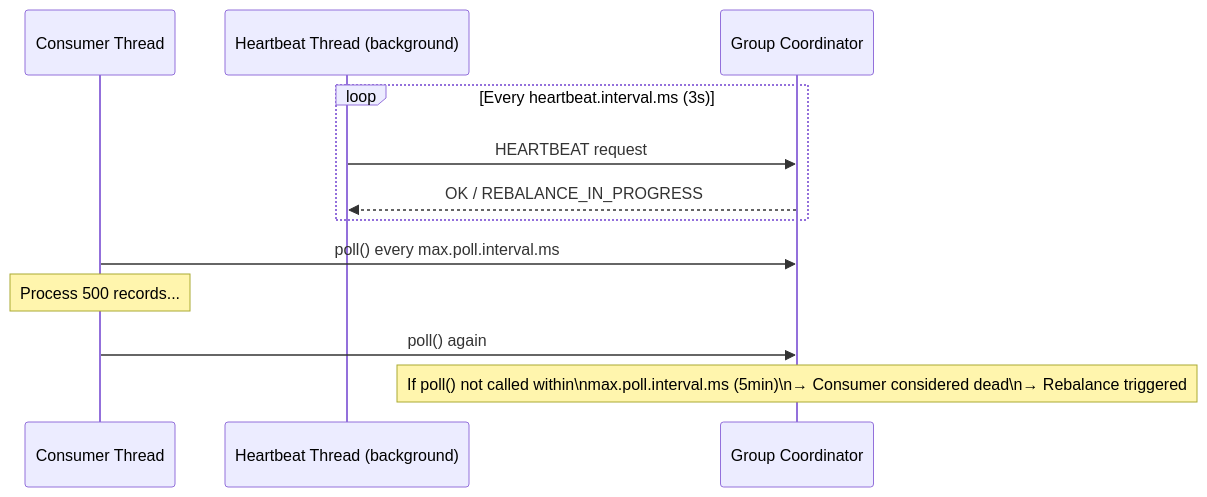
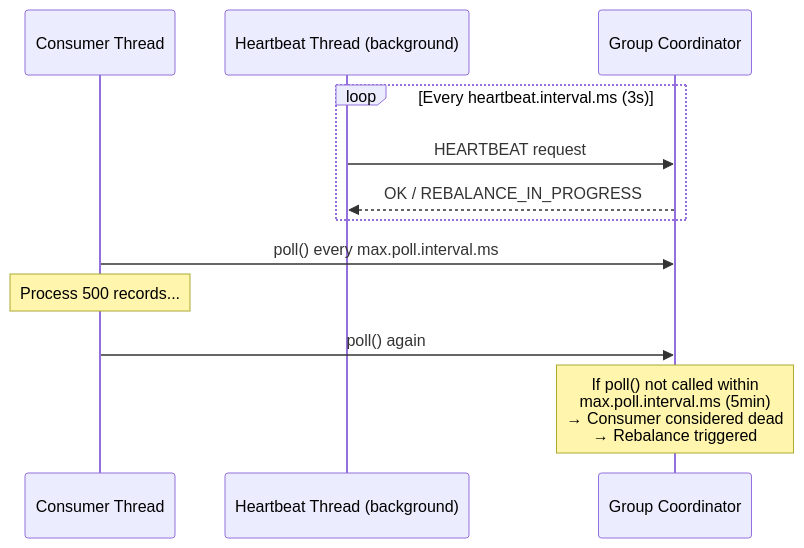
Before and after one commit to dangthobach/dangthobach.github.io: diagram 19 of 23 in quartz/content/Microservices-Patterns/Kafka-Configuration-Deep-Dive.md, drawn with Mermaid. The commit also changed other lines of this file and 114 other files, not shown here.

````diff
--- a/quartz/content/Microservices-Patterns/Kafka-Configuration-Deep-Dive.md
+++ b/quartz/content/Microservices-Patterns/Kafka-Configuration-Deep-Dive.md
@@ -820,16 +820,16 @@
 ```mermaid
 sequenceDiagram
     participant C as Consumer Thread
     participant HB as Heartbeat Thread (background)
     participant GC as Group Coordinator
 
     loop Every heartbeat.interval.ms (3s)
         HB->>GC: HEARTBEAT request
         GC-->>HB: OK / REBALANCE_IN_PROGRESS
     end
 
     C->>GC: poll() every max.poll.interval.ms
     Note over C: Process 500 records...
     C->>GC: poll() again
-    Note over GC: If poll() not called within\nmax.poll.interval.ms (5min)\n→ Consumer considered dead\n→ Rebalance triggered
+    Note over GC: If poll() not called within<br/>max.poll.interval.ms (5min)<br/>→ Consumer considered dead<br/>→ Rebalance triggered
 ```
````
